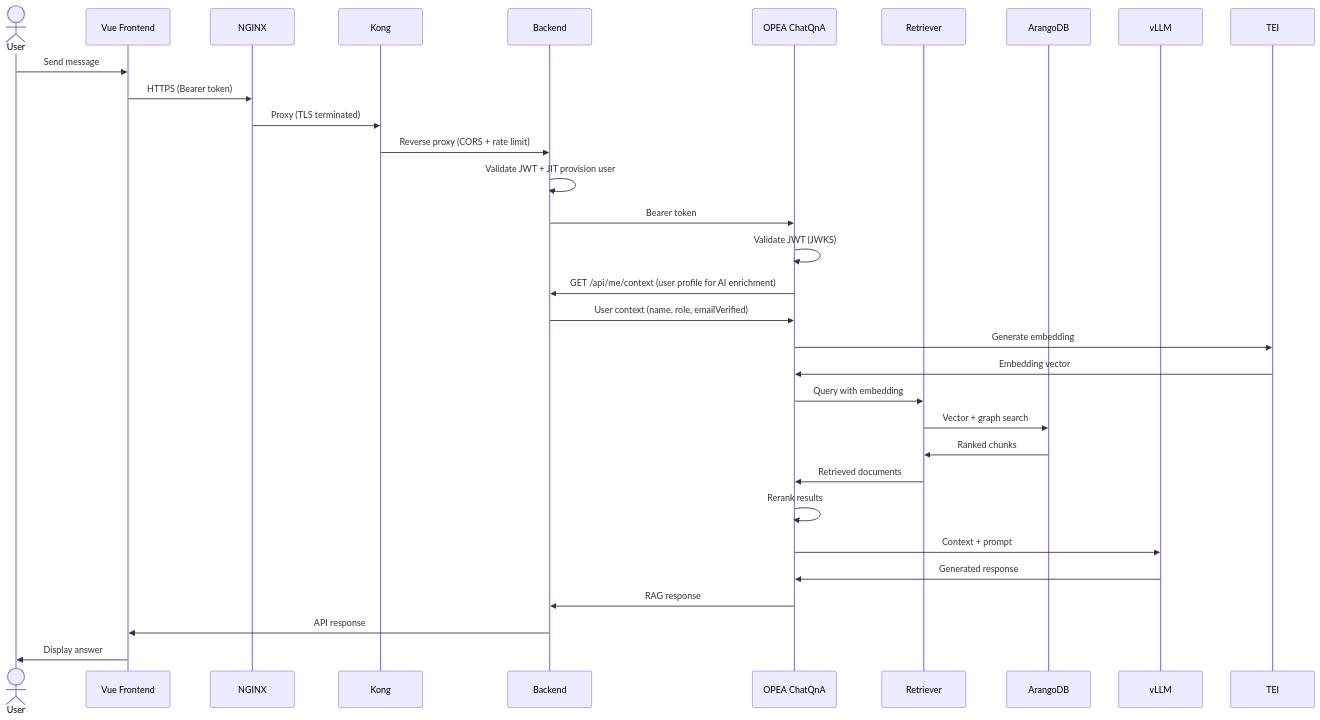
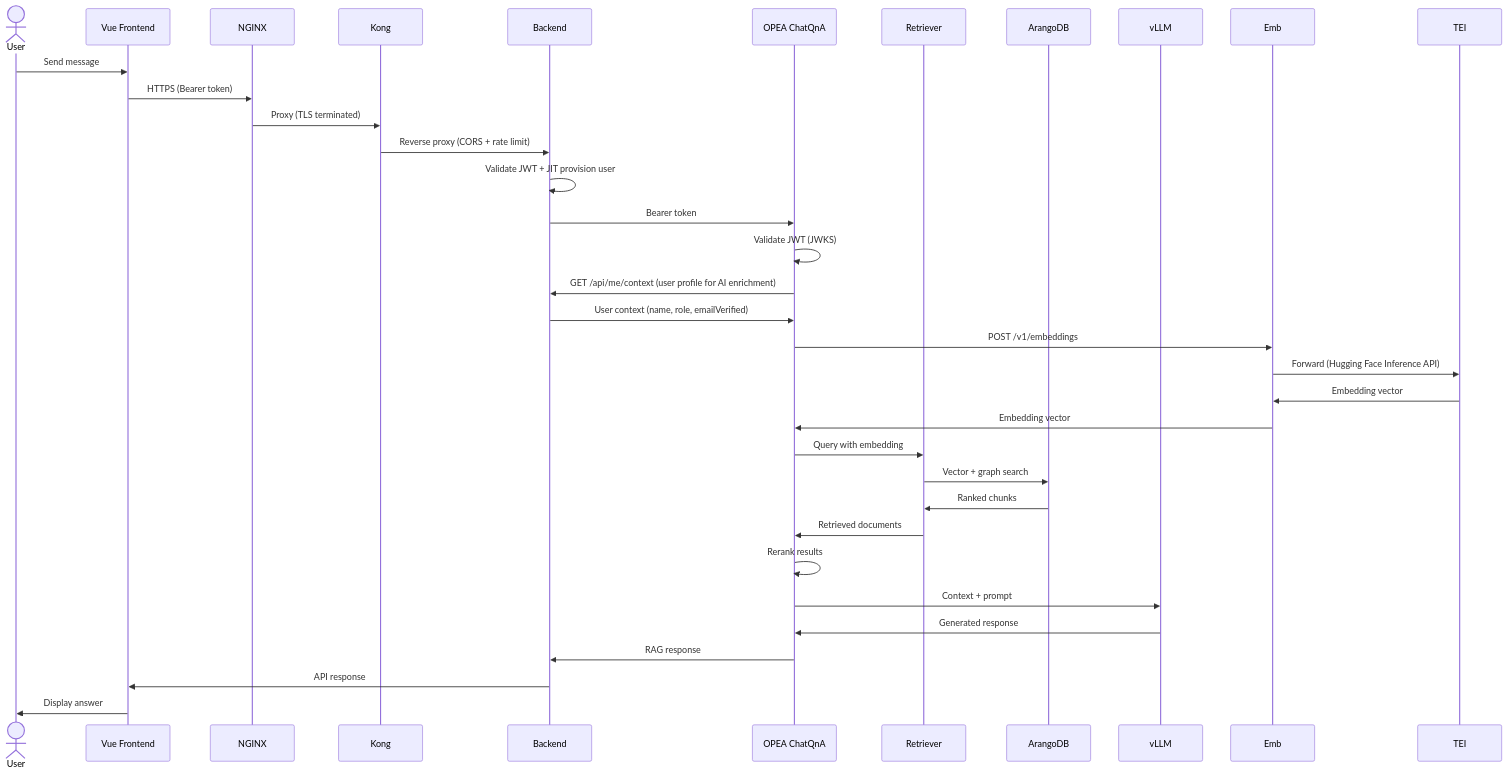
The ninth of 16 diagrams in site/content/en/docs/architecture/architecture.md (jrevillard/genie-ai-replica), drawn with Mermaid before and after one commit. The commit also changed other lines of this file and 2 other files, not shown here.

````diff
--- a/site/content/en/docs/architecture/architecture.md
+++ b/site/content/en/docs/architecture/architecture.md
@@ -515,34 +517,36 @@
 ```mermaid
 sequenceDiagram
     actor User
     participant FE as Vue Frontend
     participant N as NGINX
     participant K as Kong
     participant BE as Backend
     participant ChatQnA as OPEA ChatQnA
     participant Ret as Retriever
     participant ADB as ArangoDB
     participant LLM as vLLM
 
     User->>FE: Send message
     FE->>N: HTTPS (Bearer token)
     N->>K: Proxy (TLS terminated)
     K->>BE: Reverse proxy (CORS + rate limit)
     BE->>BE: Validate JWT + JIT provision user
     BE->>ChatQnA: Bearer token
     ChatQnA->>ChatQnA: Validate JWT (JWKS)
     ChatQnA->>BE: GET /api/me/context (user profile for AI enrichment)
     BE->>ChatQnA: User context (name, role, emailVerified)
-    ChatQnA->>TEI: Generate embedding
-    TEI->>ChatQnA: Embedding vector
+    ChatQnA->>Emb: POST /v1/embeddings
+    Emb->>TEI: Forward (Hugging Face Inference API)
+    TEI->>Emb: Embedding vector
+    Emb->>ChatQnA: Embedding vector
     ChatQnA->>Ret: Query with embedding
     Ret->>ADB: Vector + graph search
     ADB->>Ret: Ranked chunks
     Ret->>ChatQnA: Retrieved documents
     ChatQnA->>ChatQnA: Rerank results
     ChatQnA->>LLM: Context + prompt
     LLM->>ChatQnA: Generated response
     ChatQnA->>BE: RAG response
     BE->>FE: API response
     FE->>User: Display answer
 ```
````
